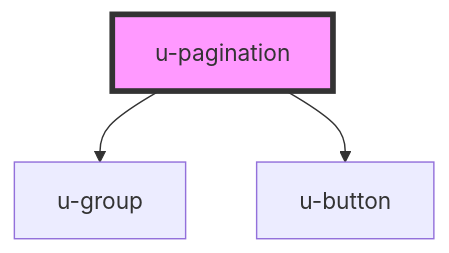
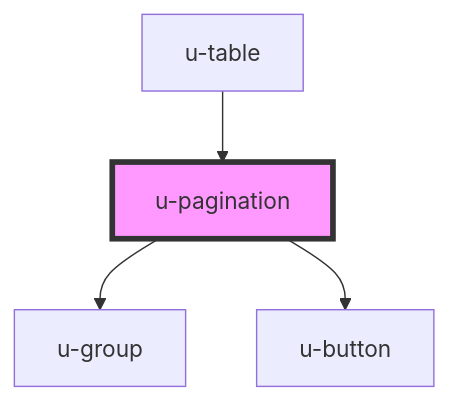
Before and after one commit to theUrbans/uniform: the diagram in src/components/u-pagination/readme.md, drawn with Mermaid. The commit also changed other lines of this file and 12 other files, not shown here.

````diff
--- a/src/components/u-pagination/readme.md
+++ b/src/components/u-pagination/readme.md
@@ -46,6 +50,7 @@
 ```mermaid
 graph TD;
   u-pagination --> u-group
   u-pagination --> u-button
+  u-table --> u-pagination
   style u-pagination fill:#f9f,stroke:#333,stroke-width:4px
 ```
````
